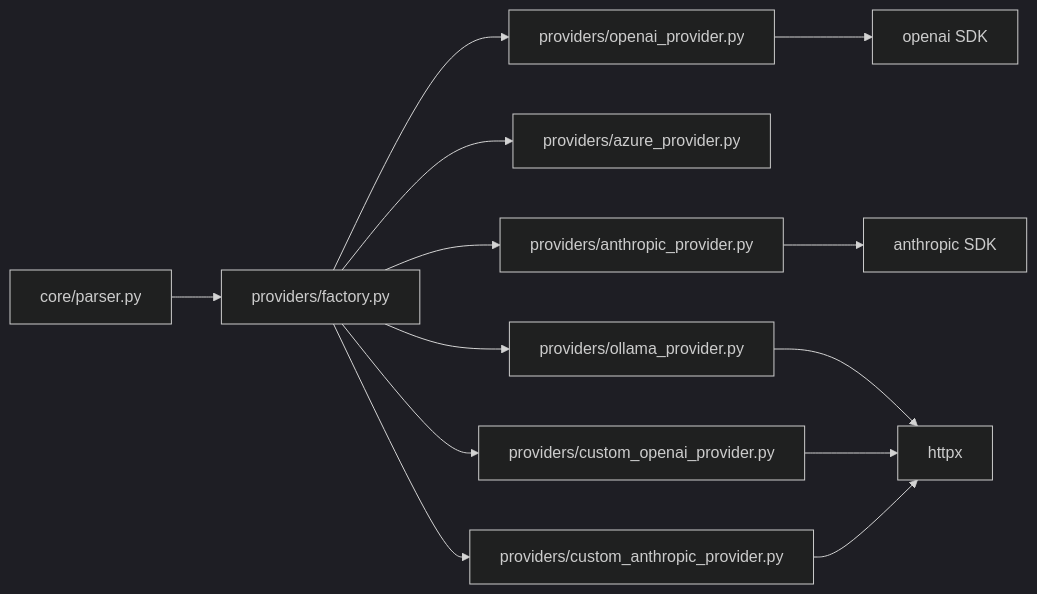
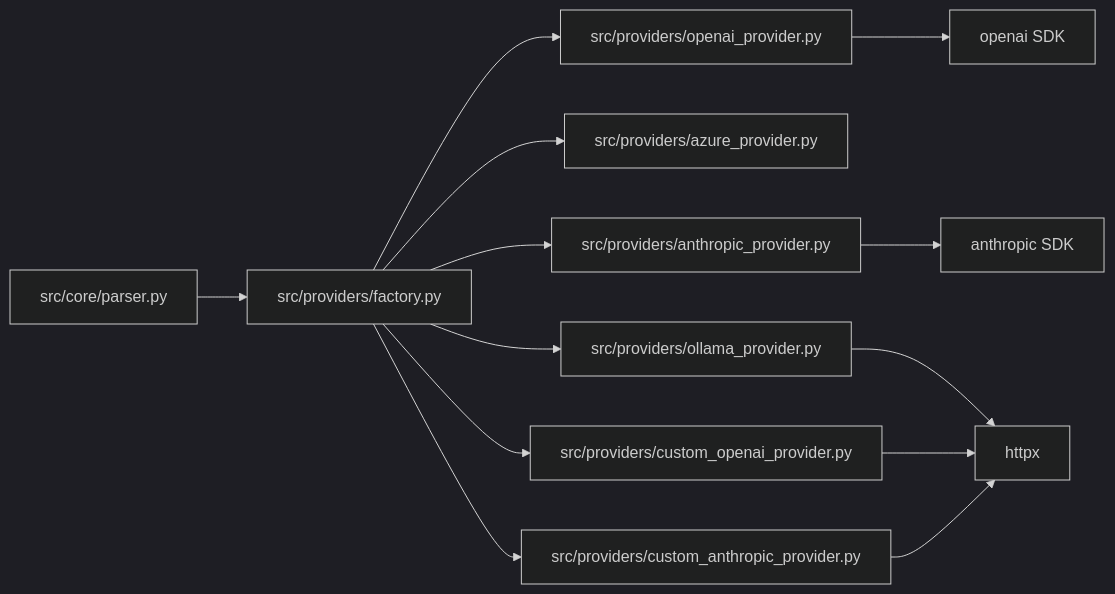
The seventh of 7 diagrams in .qoder/repowiki/zh/content/LLM提供商适配/LLM提供商适配.md (wowzhangji/doc_ai_parser), drawn with Mermaid (dark theme) before and after one commit. The commit also changed other lines of this file and 25 other files, not shown here.

````diff
--- a/.qoder/repowiki/zh/content/LLM提供商适配/LLM提供商适配.md
+++ b/.qoder/repowiki/zh/content/LLM提供商适配/LLM提供商适配.md
@@ -355,15 +367,15 @@
 ```mermaid
 graph LR
-PARSER["core/parser.py"] --> FACTORY["providers/factory.py"]
-FACTORY --> OPENAI["providers/openai_provider.py"]
-FACTORY --> AZURE["providers/azure_provider.py"]
-FACTORY --> ANTH["providers/anthropic_provider.py"]
-FACTORY --> OLL["providers/ollama_provider.py"]
-FACTORY --> COA["providers/custom_openai_provider.py"]
-FACTORY --> CAN["providers/custom_anthropic_provider.py"]
+PARSER["src/core/parser.py"] --> FACTORY["src/providers/factory.py"]
+FACTORY --> OPENAI["src/providers/openai_provider.py"]
+FACTORY --> AZURE["src/providers/azure_provider.py"]
+FACTORY --> ANTH["src/providers/anthropic_provider.py"]
+FACTORY --> OLL["src/providers/ollama_provider.py"]
+FACTORY --> COA["src/providers/custom_openai_provider.py"]
+FACTORY --> CAN["src/providers/custom_anthropic_provider.py"]
 OPENAI --> SDK1["openai SDK"]
 ANTH --> SDK2["anthropic SDK"]
 OLL --> HTTPX["httpx"]
 COA --> HTTPX
 CAN --> HTTPX
 ```
````
